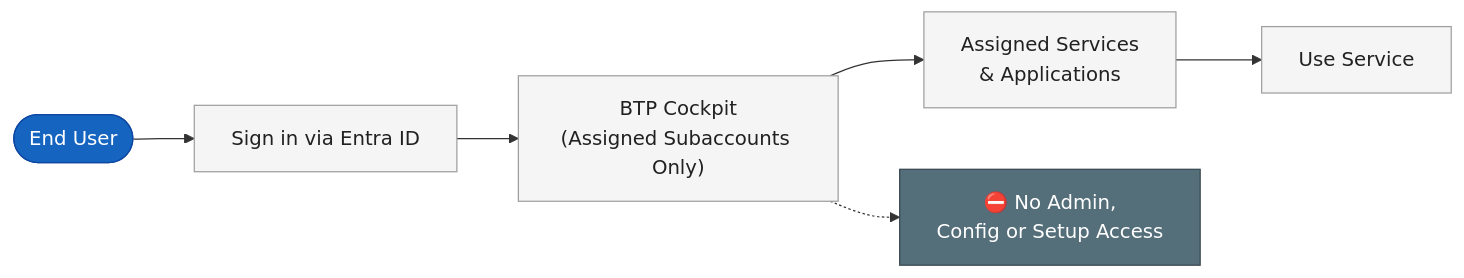
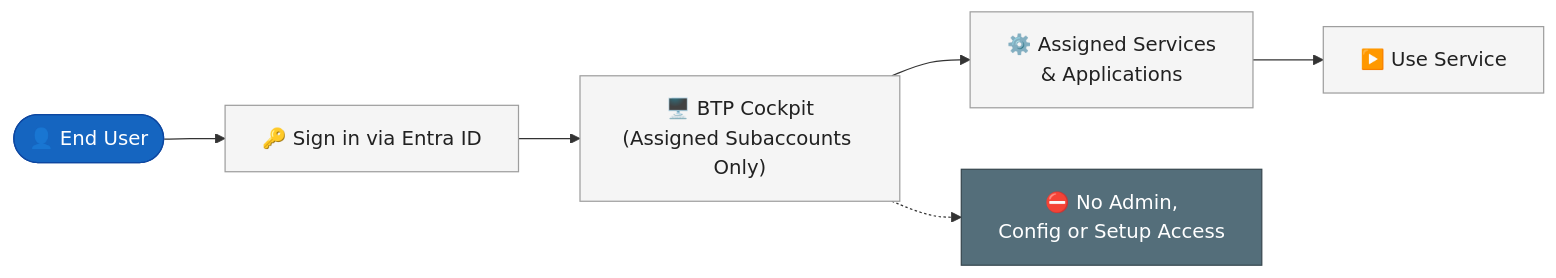
Before and after one commit to bhargavach/timeteam: the fourth of 6 diagrams in BTP-Traffic-Flow-Diagrams.md, drawn with Mermaid. The commit also changed other lines of this file, not shown here.

````diff
--- a/BTP-Traffic-Flow-Diagrams.md
+++ b/BTP-Traffic-Flow-Diagrams.md
@@ -95,21 +96,21 @@
 ```mermaid
 flowchart LR
     classDef user   fill:#1565C0,color:#fff,stroke:#0D47A1
     classDef system fill:#F5F5F5,color:#212121,stroke:#9E9E9E
     classDef limit  fill:#546E7A,color:#fff,stroke:#37474F
 
-    END_USER(["End User"])
-    LOGIN["Sign in via Entra ID"]
-    COCKPIT["BTP Cockpit\n(Assigned Subaccounts Only)"]
-    ASSIGNED["Assigned Services\n& Applications"]
-    USE["Use Service"]
+    END_USER(["👤 End User"])
+    LOGIN["🔑 Sign in via Entra ID"]
+    COCKPIT["🖥️ BTP Cockpit\n(Assigned Subaccounts Only)"]
+    ASSIGNED["⚙️ Assigned Services\n& Applications"]
+    USE["▶️ Use Service"]
     NO_ADMIN["⛔ No Admin,\nConfig or Setup Access"]
 
     END_USER --> LOGIN --> COCKPIT --> ASSIGNED --> USE
     COCKPIT -.-> NO_ADMIN
 
     class END_USER user
     class LOGIN,COCKPIT system
     class ASSIGNED,USE system
     class NO_ADMIN limit
 ```
````
